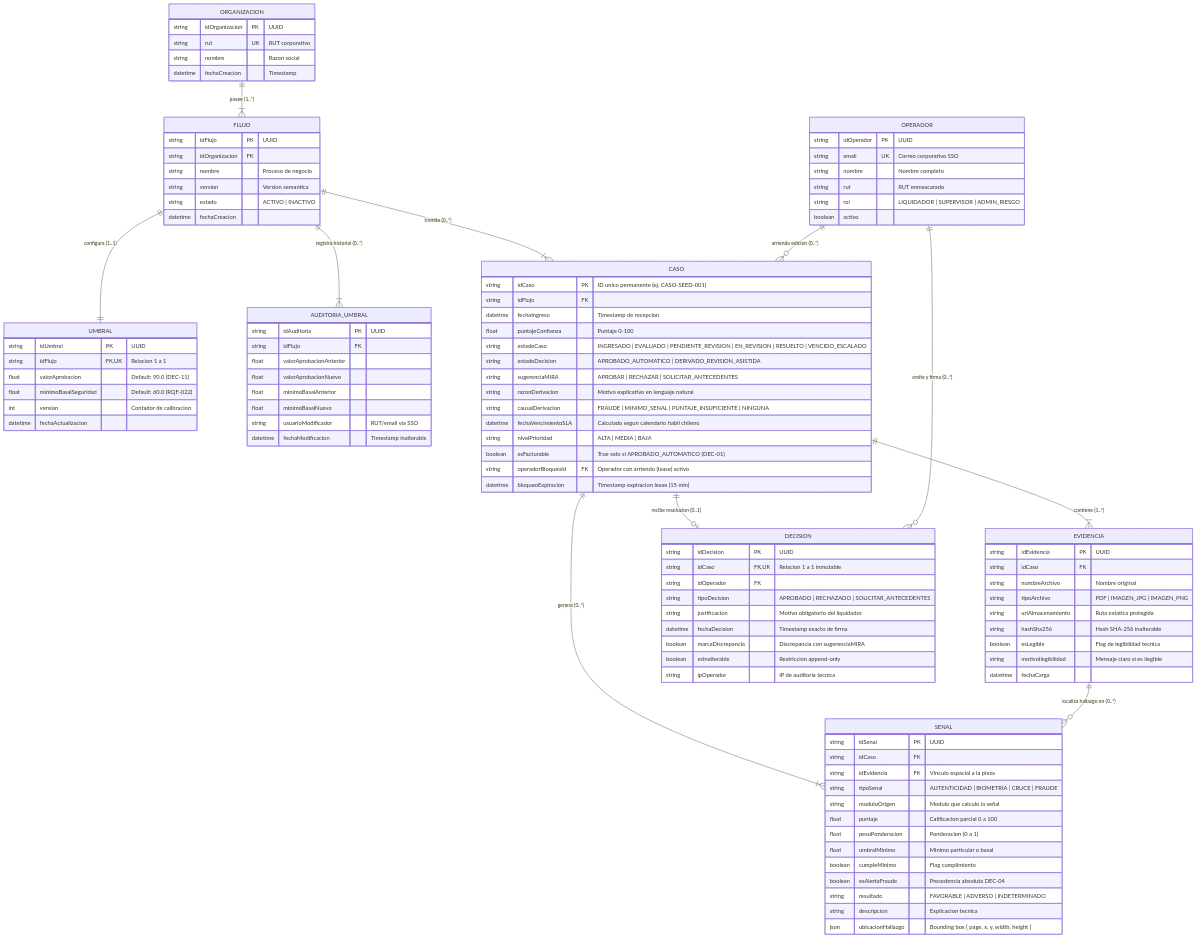
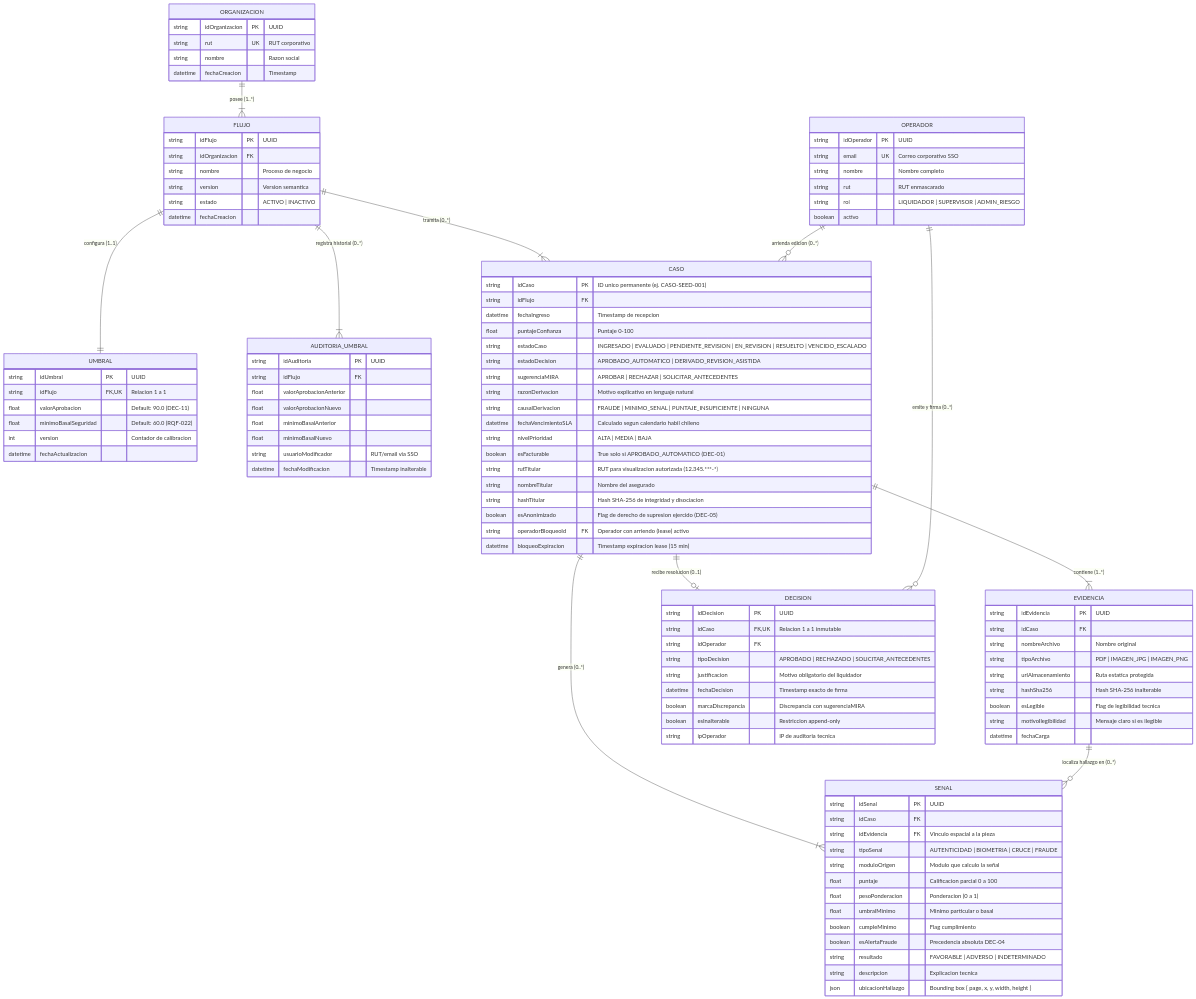
One commit to Frxnks/Entregas_DSLLMs changed the first of 2 diagrams in docs/entrega2/cambios_diagramas_persistencia.md. Above: the diagram before and after it, drawn with Mermaid. The commit also changed other lines of this file and 13 other files, not shown here.

```diff
--- a/docs/entrega2/cambios_diagramas_persistencia.md
+++ b/docs/entrega2/cambios_diagramas_persistencia.md
@@ -101,6 +101,10 @@
         datetime fechaVencimientoSLA "Calculado segun calendario habil chileno"
         string nivelPrioridad "ALTA | MEDIA | BAJA"
         boolean esFacturable "True solo si APROBADO_AUTOMATICO (DEC-01)"
+        string rutTitular "RUT para visualizacion autorizada (12.345.***-*)"
+        string nombreTitular "Nombre del asegurado"
+        string hashTitular "Hash SHA-256 de integridad y disociacion"
+        boolean esAnonimizado "Flag de derecho de supresion ejercido (DEC-05)"
         string operadorBloqueoId FK "Operador con arriendo (lease) activo"
         datetime bloqueoExpiracion "Timestamp expiracion lease (15 min)"
     }
```
